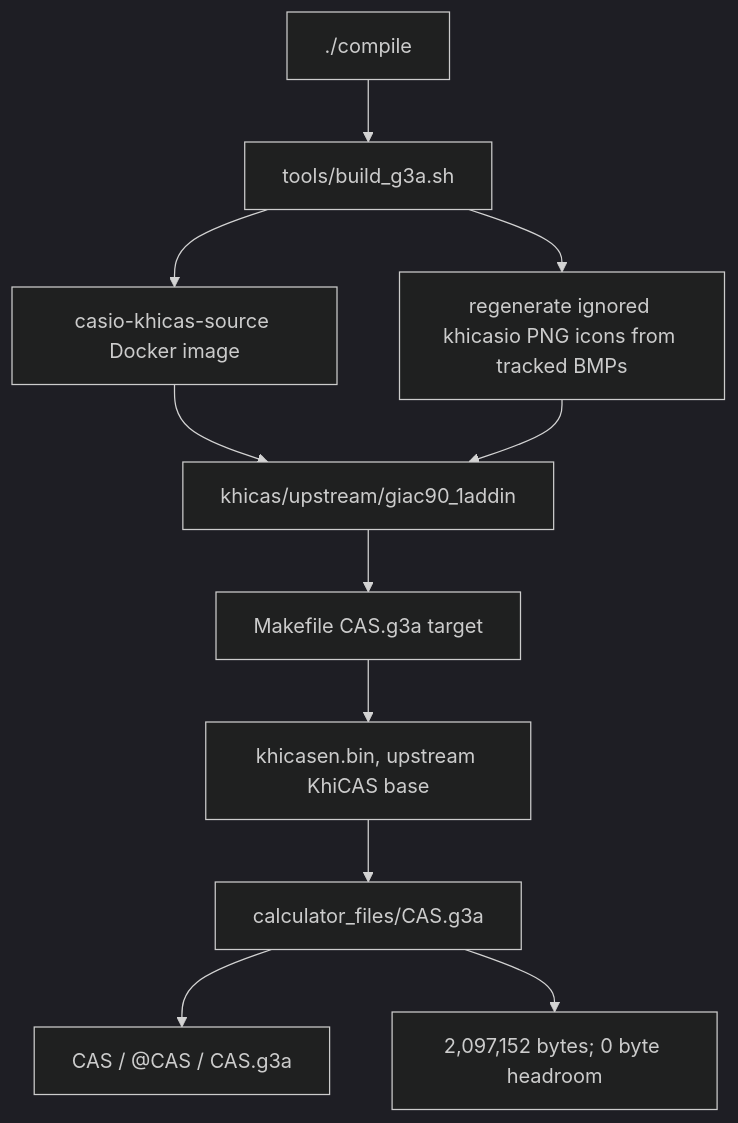
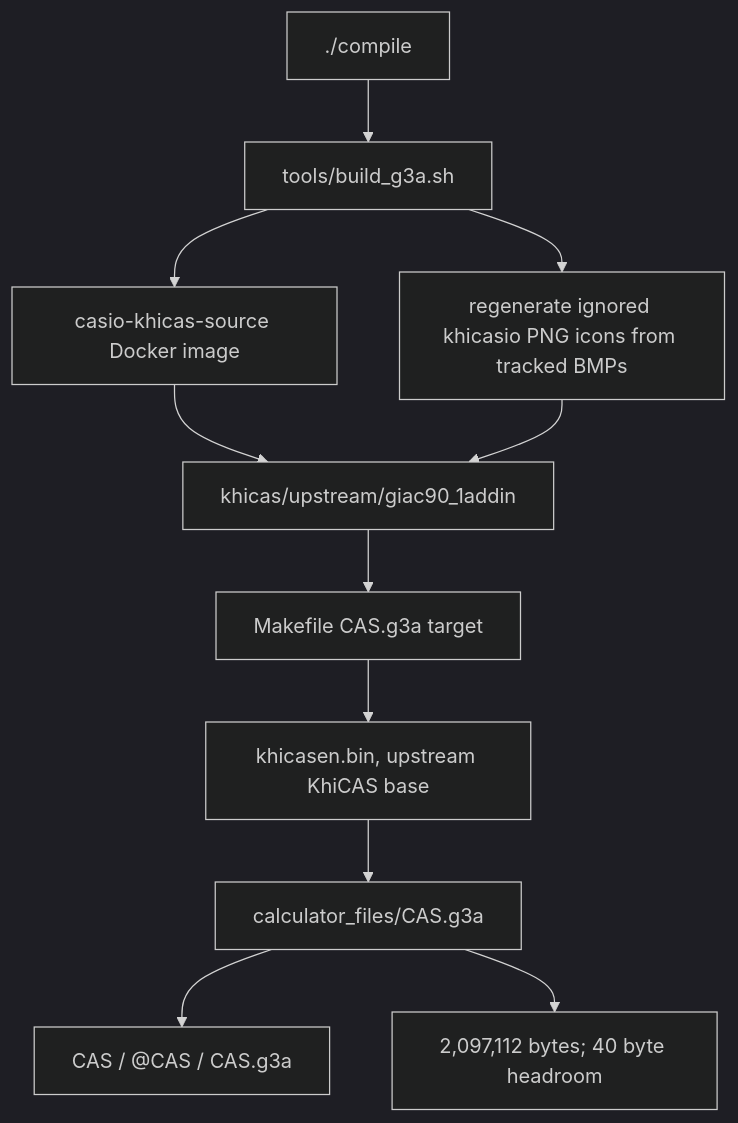
The first of 6 diagrams in docs/GRAPH.md (james8464/notes-addin-casio-fx-cg50), drawn with Mermaid (dark theme) before and after one commit. The commit also changed other lines of this file and 4 other files, not shown here.

````diff
--- a/docs/GRAPH.md
+++ b/docs/GRAPH.md
@@ -7,13 +7,13 @@
 ```mermaid
 graph TD
   Compile["./compile"] --> Build["tools/build_g3a.sh"]
   Build --> Docker["casio-khicas-source Docker image"]
   Docker --> Src["khicas/upstream/giac90_1addin"]
   Build --> Icons["regenerate ignored khicasio PNG icons from tracked BMPs"]
   Icons --> Src
   Src --> Make["Makefile CAS.g3a target"]
   Make --> Bin["khicasen.bin, upstream KhiCAS base"]
   Bin --> G3A["calculator_files/CAS.g3a"]
   G3A --> Meta["CAS / @CAS / CAS.g3a"]
-  G3A --> Size["2,097,152 bytes; 0 byte headroom"]
+  G3A --> Size["2,097,112 bytes; 40 byte headroom"]
 ```
````
